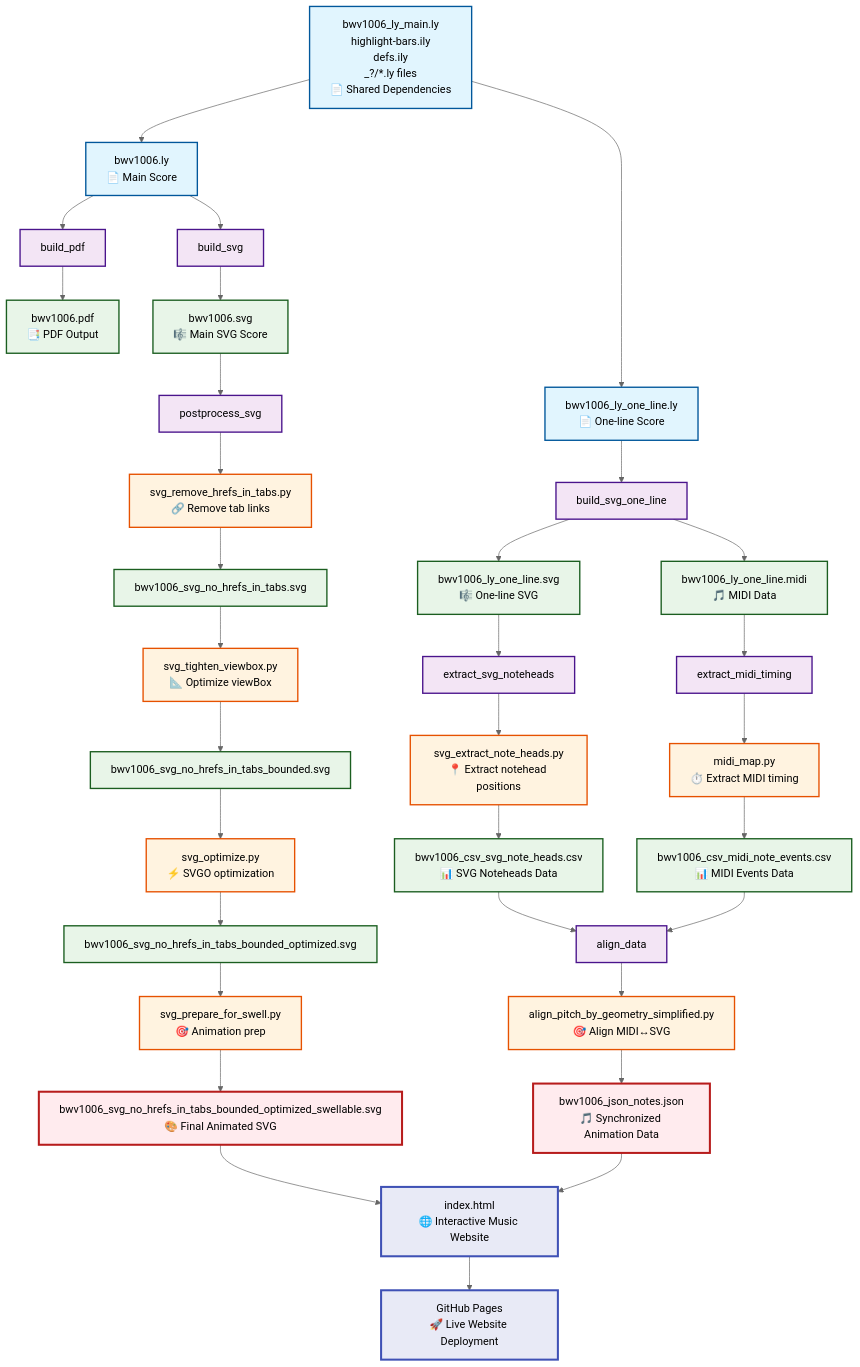
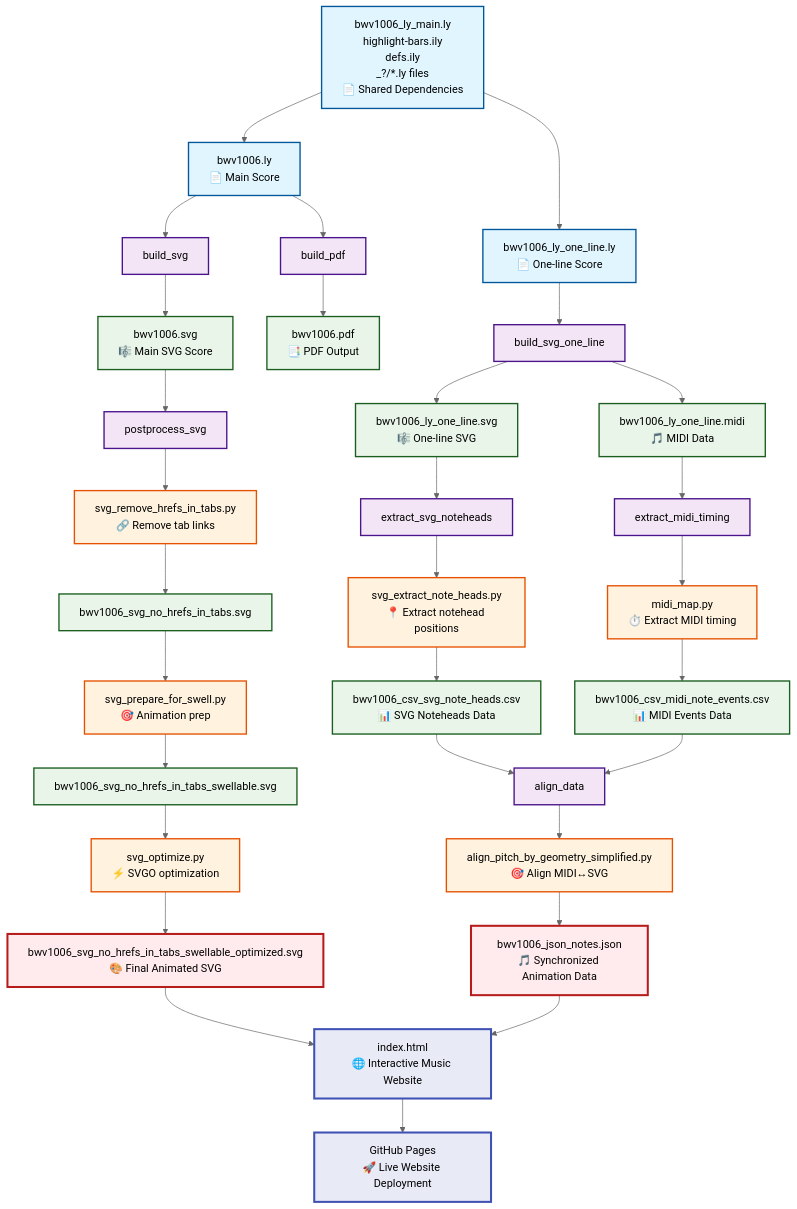
The diagram in tasks.mmd (cthiebaud/bwv1006), drawn with Mermaid before and after one commit.

Commit message:
marginally new build

```diff
--- a/tasks.mmd
+++ b/tasks.mmd
@@ -1,69 +1,66 @@
 %%{init: {'theme':'neutral'}}%%
 graph TD
     %% Input Sources
     A[bwv1006.ly<br/>📄 Main Score] --> B[build_pdf]
     A --> C[build_svg]
     
     A1[bwv1006_ly_one_line.ly<br/>📄 One-line Score] --> D[build_svg_one_line]
     
     A2[bwv1006_ly_main.ly<br/>highlight-bars.ily<br/>defs.ily<br/>_?/*.ly files<br/>📄 Shared Dependencies] --> A
     A2 --> A1
     
     %% PDF Generation
     B --> B1[bwv1006.pdf<br/>📑 PDF Output]
     
     %% SVG Generation Chain
     C --> C1[bwv1006.svg<br/>🎼 Main SVG Score]
     C1 --> E[postprocess_svg]
     
     %% SVG Post-processing Pipeline
     E --> E1[svg_remove_hrefs_in_tabs.py<br/>🔗 Remove tab links]
     E1 --> E2[bwv1006_svg_no_hrefs_in_tabs.svg]
     
-    E2 --> E3[svg_tighten_viewbox.py<br/>📐 Optimize viewBox]
-    E3 --> E4[bwv1006_svg_no_hrefs_in_tabs_bounded.svg]
+    E2 --> E3[svg_prepare_for_swell.py<br/>🎯 Animation prep]
+    E3 --> E4[bwv1006_svg_no_hrefs_in_tabs_swellable.svg]
     
     E4 --> E5[svg_optimize.py<br/>⚡ SVGO optimization]
-    E5 --> E6[bwv1006_svg_no_hrefs_in_tabs_bounded_optimized.svg]
-    
-    E6 --> E7[svg_prepare_for_swell.py<br/>🎯 Animation prep]
-    E7 --> E8[bwv1006_svg_no_hrefs_in_tabs_bounded_optimized_swellable.svg<br/>🎨 Final Animated SVG]
+    E5 --> E6[bwv1006_svg_no_hrefs_in_tabs_swellable_optimized.svg<br/>🎨 Final Animated SVG]
     
     %% One-line SVG and MIDI Generation
     D --> D1[bwv1006_ly_one_line.svg<br/>🎼 One-line SVG]
     D --> D2[bwv1006_ly_one_line.midi<br/>🎵 MIDI Data]
     
     %% Parallel Data Extraction
     D1 --> F[extract_svg_noteheads]    
     F --> F1[svg_extract_note_heads.py<br/>📍 Extract notehead positions]
     F1 --> F2[bwv1006_csv_svg_note_heads.csv<br/>📊 SVG Noteheads Data]
     
     D2 --> G[extract_midi_timing]
     G --> G1[midi_map.py<br/>⏱️ Extract MIDI timing]
     G1 --> G2[bwv1006_csv_midi_note_events.csv<br/>📊 MIDI Events Data]
     
     %% Data Alignment (requires both CSV files)
     F2 --> H[align_data]
     G2 --> H
     H --> H1[align_pitch_by_geometry_simplified.py<br/>🎯 Align MIDI↔SVG]
     H1 --> H2[bwv1006_json_notes.json<br/>🎵 Synchronized Animation Data]
     
     %% Web Deployment
-    E8 --> I[index.html<br/>🌐 Interactive Music Website]
+    E6 --> I[index.html<br/>🌐 Interactive Music Website]
     H2 --> I
     I --> I1[GitHub Pages<br/>🚀 Live Website Deployment]
     
     %% Styling
     classDef inputFile fill:#e1f5fe,stroke:#01579b,stroke-width:2px
     classDef task fill:#f3e5f5,stroke:#4a148c,stroke-width:2px
     classDef outputFile fill:#e8f5e8,stroke:#1b5e20,stroke-width:2px
     classDef script fill:#fff3e0,stroke:#e65100,stroke-width:2px
     classDef finalOutput fill:#ffebee,stroke:#b71c1c,stroke-width:3px
     classDef webDeployment fill:#e8eaf6,stroke:#3f51b5,stroke-width:3px
     
     class A,A1,A2 inputFile
     class B,C,D,E,F,G,H task
-    class B1,C1,D1,D2,E2,E4,E6,F2,G2 outputFile
-    class E1,E3,E5,E7,F1,G1,H1 script
-    class E8,H2 finalOutput
+    class B1,C1,D1,D2,E2,E4,F2,G2 outputFile
+    class E1,E3,E5,F1,G1,H1 script
+    class E6,H2 finalOutput
     class I,I1 webDeployment
```
